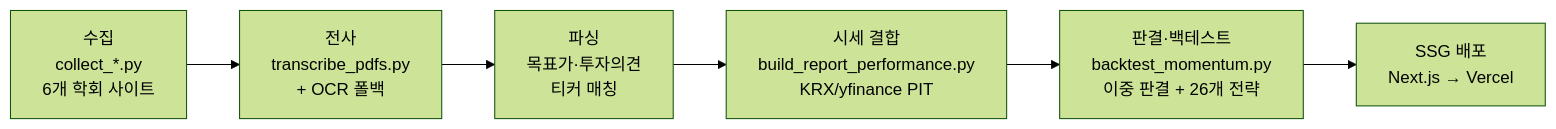
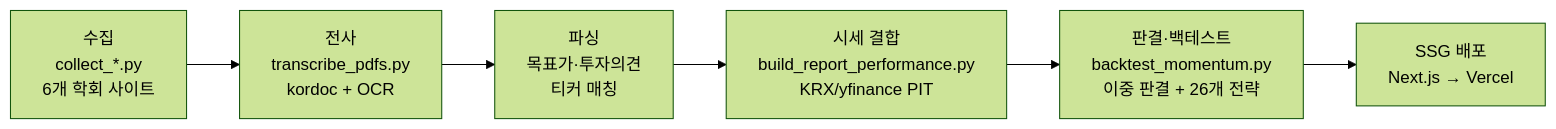
The diagram in README.md (ChoiInYeol/SNUSMIC-Portfolio), drawn with Mermaid (forest theme) before and after one commit. The commit also changed other lines of this file and 29 other files, not shown here.

````diff
--- a/README.md
+++ b/README.md
@@ -57,8 +57,8 @@
 ```mermaid
 flowchart LR
-    A["수집<br/>collect_*.py<br/>6개 학회 사이트"] --> B["전사<br/>transcribe_pdfs.py<br/>+ OCR 폴백"]
+    A["수집<br/>collect_*.py<br/>6개 학회 사이트"] --> B["전사<br/>transcribe_pdfs.py<br/>kordoc + OCR"]
     B --> C["파싱<br/>목표가·투자의견<br/>티커 매칭"]
     C --> D["시세 결합<br/>build_report_performance.py<br/>KRX/yfinance PIT"]
     D --> E["판결·백테스트<br/>backtest_momentum.py<br/>이중 판결 + 26개 전략"]
     E --> F["SSG 배포<br/>Next.js → Vercel"]
 ```
````
